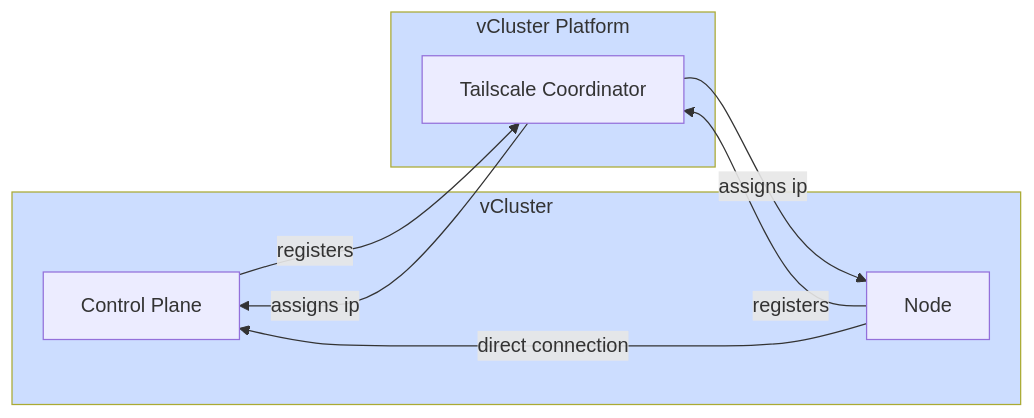
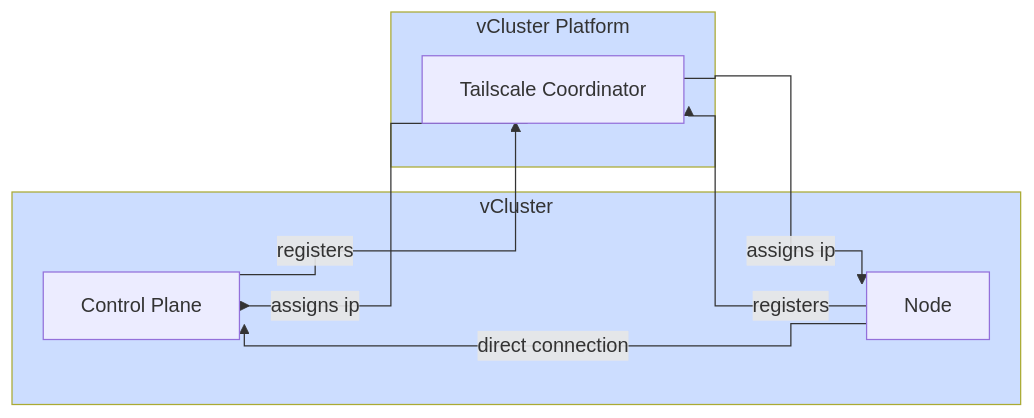
One commit to loft-sh/vcluster-docs changed the diagram in vcluster/_fragments/deploy/vpn.mdx. Above: the diagram before and after it, drawn with Mermaid.

Commit message:
make the orthogonal lines

`````diff
--- a/vcluster/_fragments/deploy/vpn.mdx
+++ b/vcluster/_fragments/deploy/vpn.mdx
@@ -13,20 +13,21 @@
 ```mermaid
+%%{init: {'flowchart': {'curve': 'stepAfter'}}}%%
 flowchart LR
     subgraph one["vCluster"]
         ControlPlane["Control Plane"]
         NodeOne["Node"]
     end
     
     subgraph two["vCluster Platform"]
         Coordinator["Tailscale Coordinator"]
     end
     
     ControlPlane -->|registers| Coordinator
     Coordinator -->|assigns ip| ControlPlane
     NodeOne -->|registers| Coordinator
     Coordinator -->|assigns ip| NodeOne
     NodeOne -->|direct connection| ControlPlane
     
     classDef blue fill:#cdf
     class one,two blue
 ````
`````
